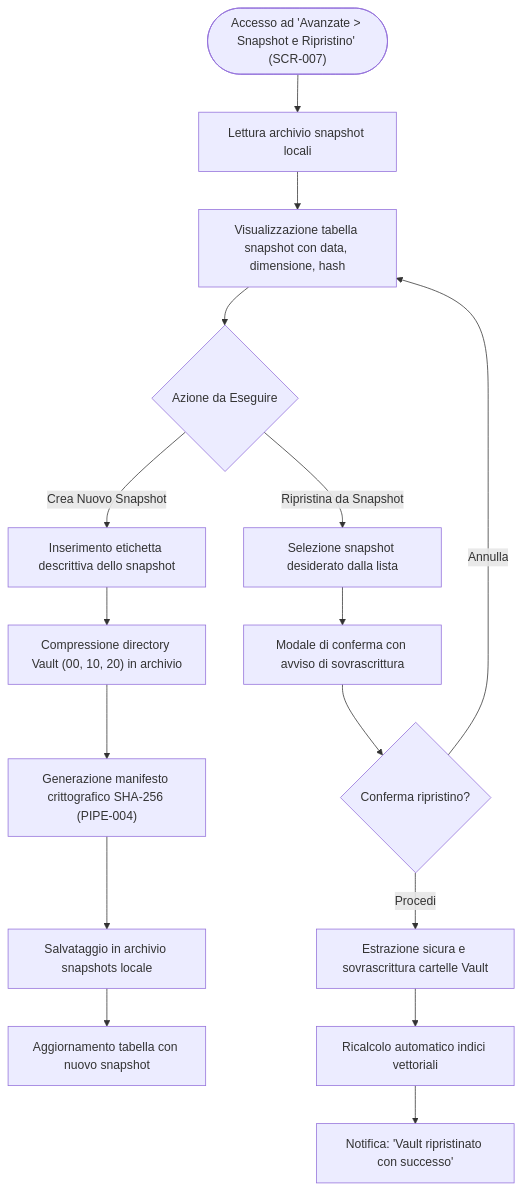
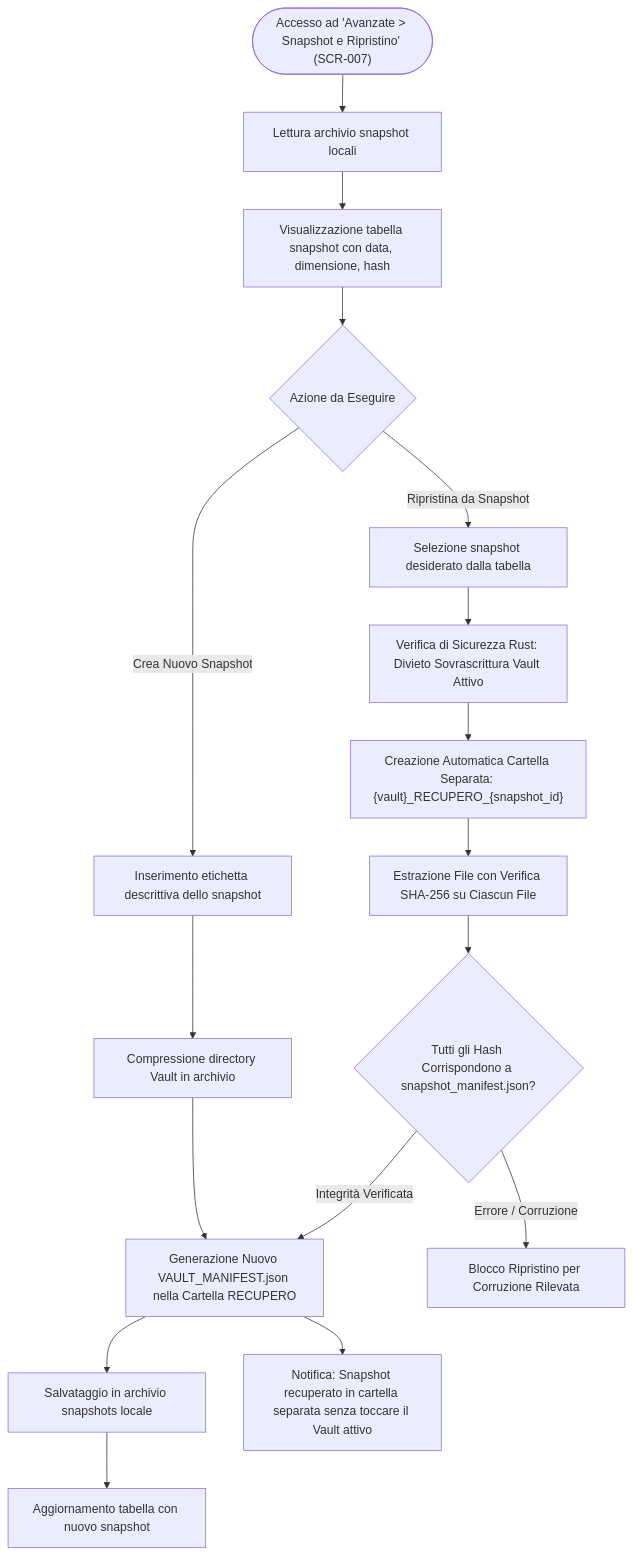
Before and after one commit to Arkai-Italia/Limen-vault: the ninth of 18 diagrams in DOCUMENTATION_SOURCE_PACKAGE/10_EXPORT/ALL_MERMAID_SOURCES.md, drawn with Mermaid. The commit also changed other lines of this file and 41 other files, not shown here.

````diff
--- a/DOCUMENTATION_SOURCE_PACKAGE/10_EXPORT/ALL_MERMAID_SOURCES.md
+++ b/DOCUMENTATION_SOURCE_PACKAGE/10_EXPORT/ALL_MERMAID_SOURCES.md
@@ -348,21 +348,22 @@
 ```mermaid
 graph TD
     Trigger(["Accesso ad 'Avanzate > Snapshot e Ripristino' (SCR-007)"]) --> FetchSnapshots["Lettura archivio snapshot locali"]
     FetchSnapshots --> DisplaySnapshots["Visualizzazione tabella snapshot con data, dimensione, hash"]
 
     DisplaySnapshots --> Choice{"Azione da Eseguire"}
 
     Choice -->|Crea Nuovo Snapshot| InputName["Inserimento etichetta descrittiva dello snapshot"]
-    InputName --> PackVault["Compressione directory Vault (00, 10, 20) in archivio"]
+    InputName --> PackVault["Compressione directory Vault in archivio"]
     PackVault --> GenManifest["Generazione manifesto crittografico SHA-256 (PIPE-004)"]
     GenManifest --> SaveArchive["Salvataggio in archivio snapshots locale"]
     SaveArchive --> RefreshList["Aggiornamento tabella con nuovo snapshot"]
 
-    Choice -->|Ripristina da Snapshot| SelectSnapshot["Selezione snapshot desiderato dalla lista"]
-    SelectSnapshot --> WarningModal["Modale di conferma con avviso di sovrascrittura"]
-    WarningModal --> Confirm{"Conferma ripristino?"}
-    Confirm -->|Annulla| DisplaySnapshots
-    Confirm -->|Procedi| ExtractArchive["Estrazione sicura e sovrascrittura cartelle Vault"]
-    ExtractArchive --> Reindex["Ricalcolo automatico indici vettoriali"]
-    Reindex --> SuccessToast["Notifica: 'Vault ripristinato con successo'"]
+    Choice -->|Ripristina da Snapshot| SelectSnapshot["Selezione snapshot desiderato dalla tabella"]
+    SelectSnapshot --> SafetyCheck["Verifica di Sicurezza Rust: Divieto Sovrascrittura Vault Attivo"]
+    SafetyCheck --> CreateDestDir["Creazione Automatica Cartella Separata: {vault}_RECUPERO_{snapshot_id}"]
+    CreateDestDir --> ExtractFiles["Estrazione File con Verifica SHA-256 su Ciascun File"]
+    ExtractFiles --> VerifyHashes{"Tutti gli Hash Corrispondono a snapshot_manifest.json?"}
+    VerifyHashes -->|Errore / Corruzione| AbortRestore["Blocco Ripristino per Corruzione Rilevata"]
+    VerifyHashes -->|Integrità Verificata| GenManifest["Generazione Nuovo VAULT_MANIFEST.json nella Cartella RECUPERO"]
+    GenManifest --> SuccessToast["Notifica: Snapshot recuperato in cartella separata senza toccare il Vault attivo"]
 ```
````
